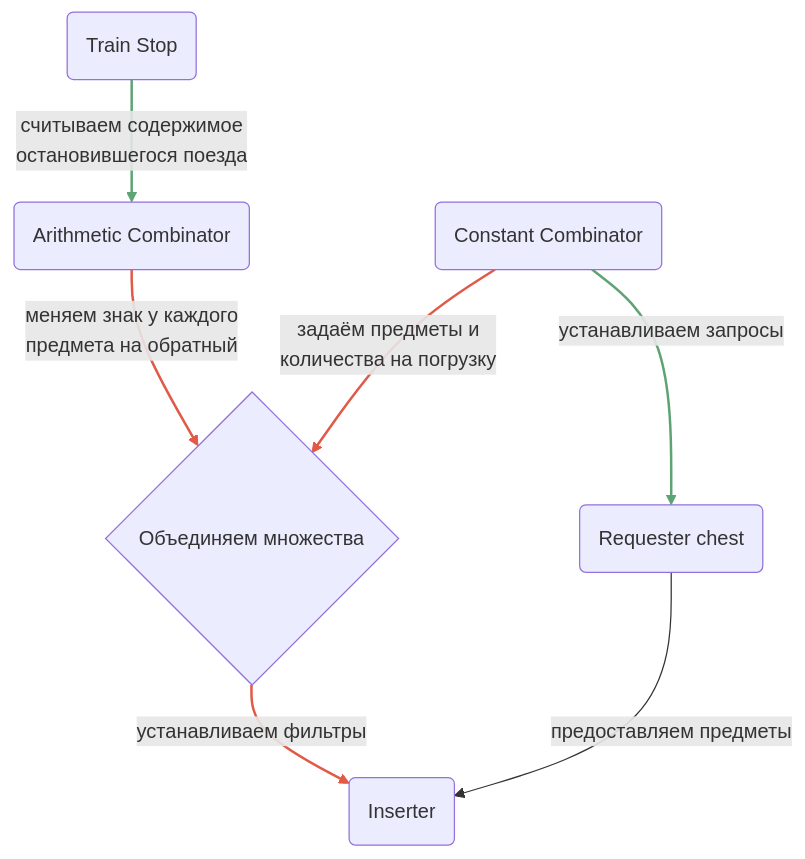
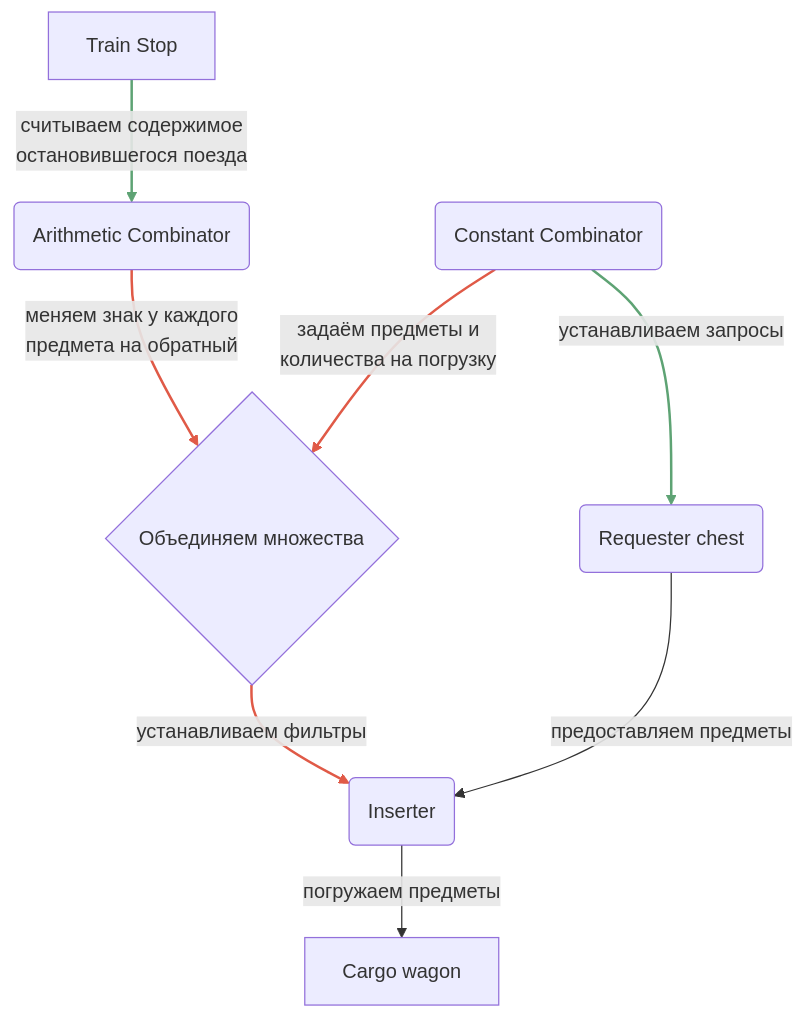
One commit to CanadianBeaver/AwesomeFactorio changed the first of 4 diagrams in docs/LoadingAndUnloadingTrains/Jlovber.md. Above: the diagram before and after it, drawn with Mermaid. The commit also changed other lines of this file and 5 other files, not shown here.

````diff
--- a/docs/LoadingAndUnloadingTrains/Jlovber.md
+++ b/docs/LoadingAndUnloadingTrains/Jlovber.md
@@ -67,22 +67,24 @@
 ```mermaid
 graph TD
+    TS[Train Stop]
+    AC(Arithmetic Combinator)
     CC(Constant Combinator)
-    TS(Train Stop)
-    AC(Arithmetic Combinator)
     IN(Inserter)
     RC(Requester chest)
     SUM{Объединяем множества}
+    CW[Cargo wagon]
 
     TS -->|"считываем содержимое <br/> остановившегося поезда"| AC
     AC -->|"меняем знак у каждого<br />предмета на обратный"| SUM
     CC -->|"задаём предметы и<br />количества на погрузку"| SUM
     SUM -->|"устанавливаем фильтры"| IN
     CC -->|"устанавливаем запросы"| RC
     RC -->|"предоставляем предметы"| IN
+    IN -->|"погружаем предметы"| CW
 
     linkStyle 0 stroke:#5ea374,stroke-width:2px;
-    linkStyle 1 stroke:#e05a47,stroke-width:2px,background-color:none;
+    linkStyle 1 stroke:#e05a47,stroke-width:2px;
     linkStyle 2 stroke:#e05a47,stroke-width:2px;
     linkStyle 3 stroke:#e05a47,stroke-width:2px;
     linkStyle 4 stroke:#5ea374,stroke-width:2px;
 ```
````
